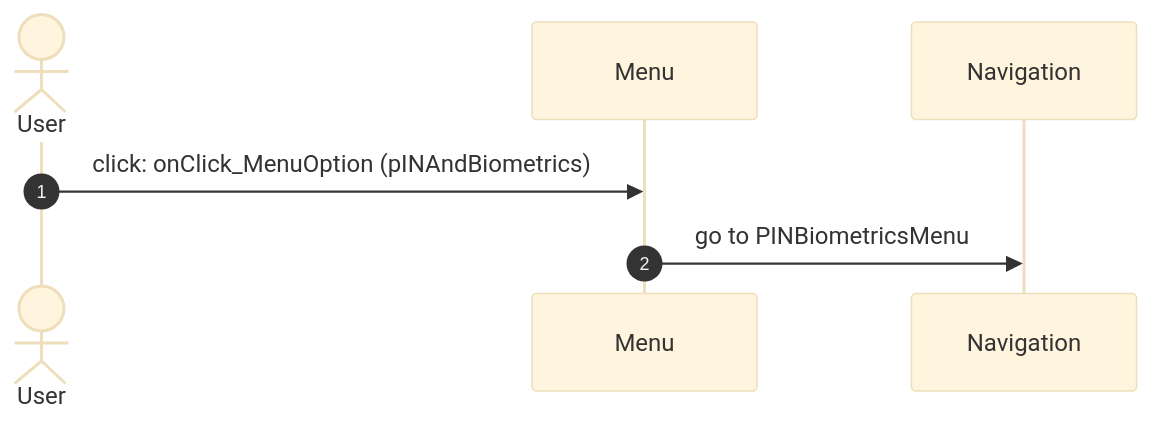
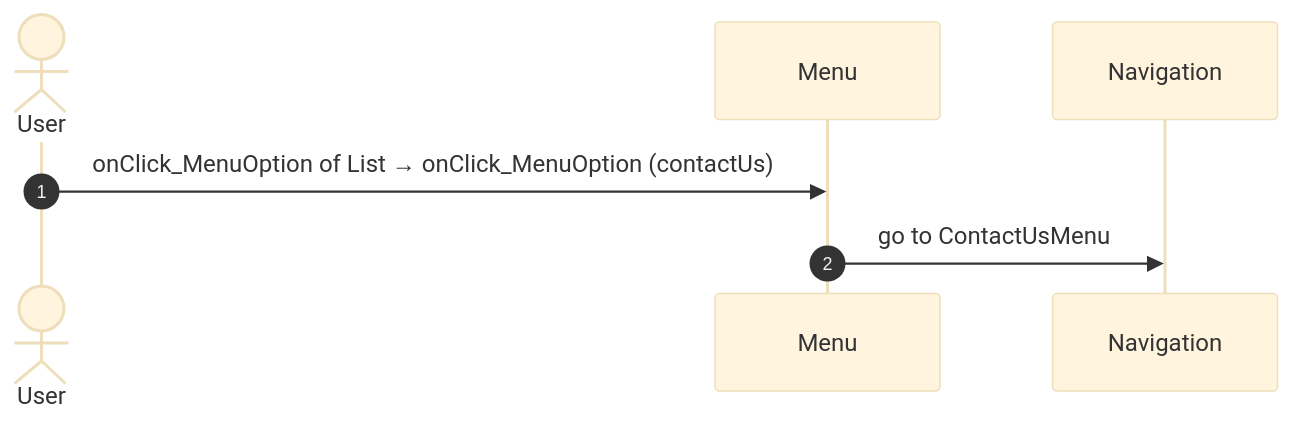
Before and after one commit to Phoenix-DX/connect-new-ui: the ninth of 37 diagrams in migration/route-actions/Menu.md, drawn with Mermaid (base theme). The commit also changed other lines of this file and 9 other files, not shown here.

Commit message:
route actions: facts only; user actions as two independent lists (OutSystems view bindings, React JSX bindings) with Mermaid sequences; factual call columns (direct caller, chains, React references); app shell by definition (survey shell, main.tsx code); constants read for React paths

````diff
--- a/migration/route-actions/Menu.md
+++ b/migration/route-actions/Menu.md
@@ -255,9 +217,9 @@
 ```mermaid
 sequenceDiagram
   autonumber
   actor U as User
   participant B as Menu
   participant N as Navigation
-  U->>B: click: onClick_MenuOption (pINAndBiometrics)
-  B->>N: go to PINBiometricsMenu
+  U->>B: onClick_MenuOption of List → onClick_MenuOption (contactUs)
+  B->>N: go to ContactUsMenu
 ```
````
